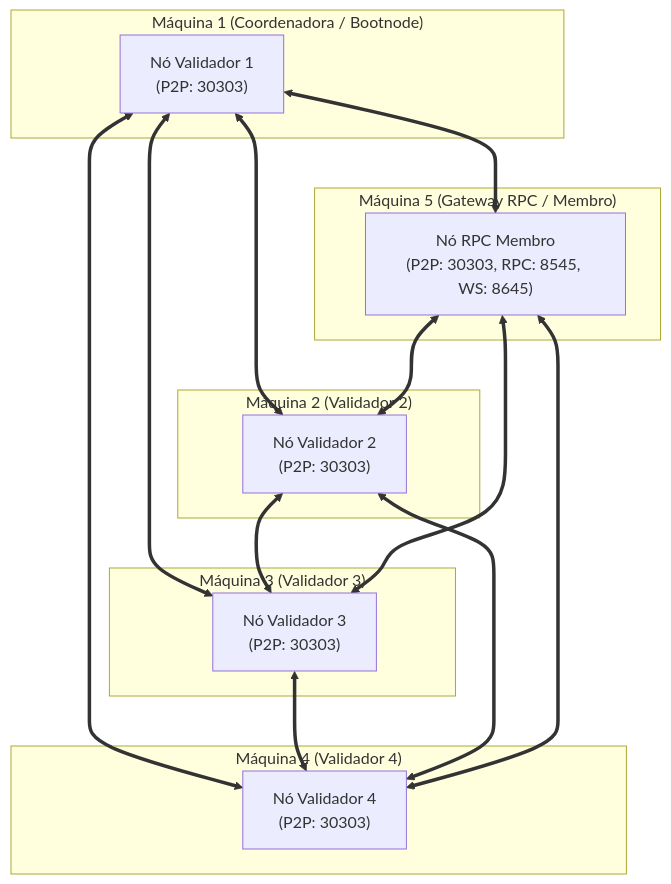
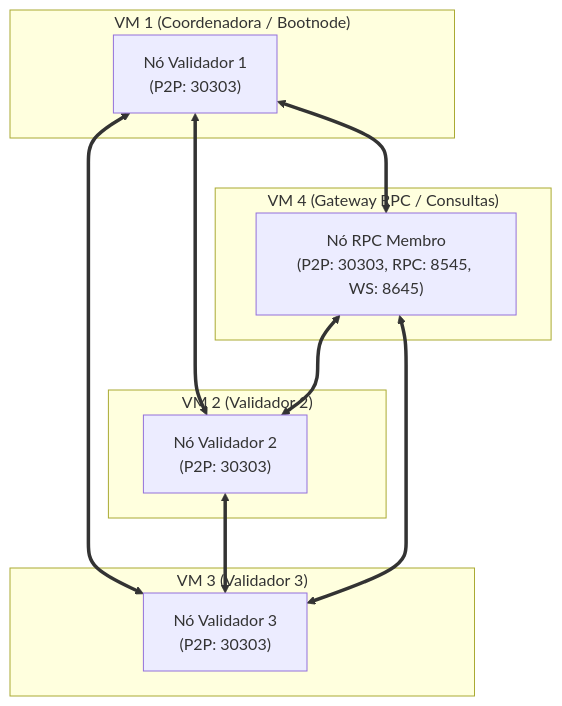
The diagram in rede/docs/arquitetura-multi-node.md (CarlosMikaelCardoso/wyden_coins_contract), drawn with Mermaid before and after one commit. The commit also changed other lines of this file and 6 other files, not shown here.

Commit message:
feat(rede): adapta arquitetura para topologia de 4 VMs (3 validadores QBFT + 1 Gateway RPC)

````diff
--- a/rede/docs/arquitetura-multi-node.md
+++ b/rede/docs/arquitetura-multi-node.md
@@ -11,33 +11,25 @@
 ```mermaid
 graph TD
-    subgraph M1["Máquina 1 (Coordenadora / Bootnode)"]
+    subgraph M1["VM 1 (Coordenadora / Bootnode)"]
         N1["Nó Validador 1<br/>(P2P: 30303)"]
     end
 
-    subgraph M2["Máquina 2 (Validador 2)"]
+    subgraph M2["VM 2 (Validador 2)"]
         N2["Nó Validador 2<br/>(P2P: 30303)"]
     end
 
-    subgraph M3["Máquina 3 (Validador 3)"]
+    subgraph M3["VM 3 (Validador 3)"]
         N3["Nó Validador 3<br/>(P2P: 30303)"]
     end
 
-    subgraph M4["Máquina 4 (Validador 4)"]
-        N4["Nó Validador 4<br/>(P2P: 30303)"]
-    end
-
-    subgraph M5["Máquina 5 (Gateway RPC / Membro)"]
+    subgraph M4["VM 4 (Gateway RPC / Consultas)"]
         RPC["Nó RPC Membro<br/>(P2P: 30303, RPC: 8545, WS: 8645)"]
     end
 
     N1 <==> N2
     N1 <==> N3
-    N1 <==> N4
     N1 <==> RPC
     N2 <==> N3
-    N3 <==> N4
-    N2 <==> N4
     RPC <==> N2
     RPC <==> N3
-    RPC <==> N4
 ```
````
